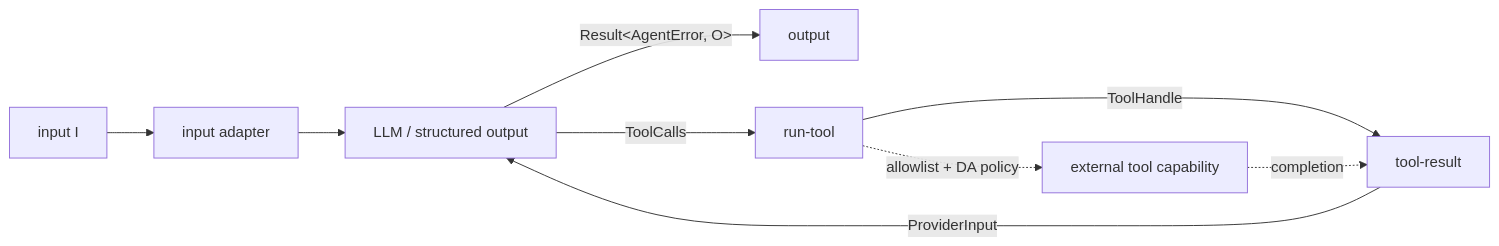
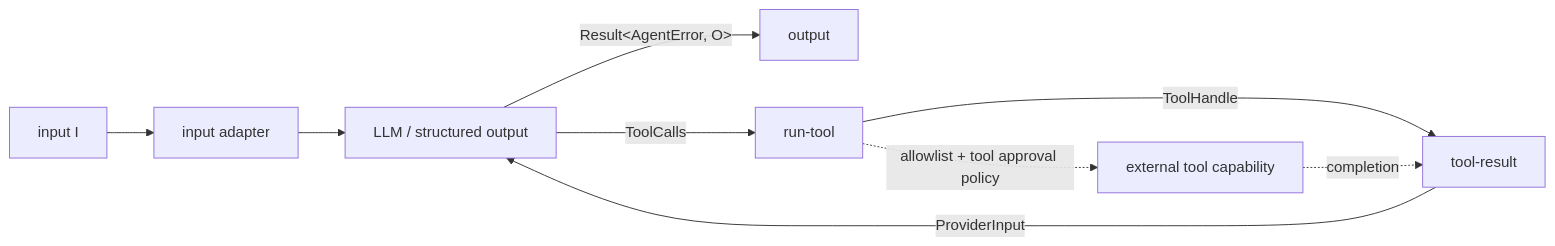
The diagram in mag/book/02. nefor/02. Graphs as Library Data.md (Demezy/nefor), drawn with Mermaid before and after one commit. The commit also changed other lines of this file and 47 other files, not shown here.

````diff
--- a/mag/book/02. nefor/02. Graphs as Library Data.md
+++ b/mag/book/02. nefor/02. Graphs as Library Data.md
@@ -48,11 +49,11 @@
 ```mermaid
 flowchart LR
   input["input I"] --> adapter["input adapter"]
   adapter --> llm["LLM / structured output"]
   llm -->|"Result&lt;AgentError, O&gt;"| output["output"]
   llm -->|"ToolCalls"| run["run-tool"]
   run -->|"ToolHandle"| waiter["tool-result"]
   waiter -->|"ProviderInput"| llm
-  run -. "allowlist + DA policy" .-> capability["external tool capability"]
+  run -. "allowlist + tool approval policy" .-> capability["external tool capability"]
   capability -. "completion" .-> waiter
 ```
````
